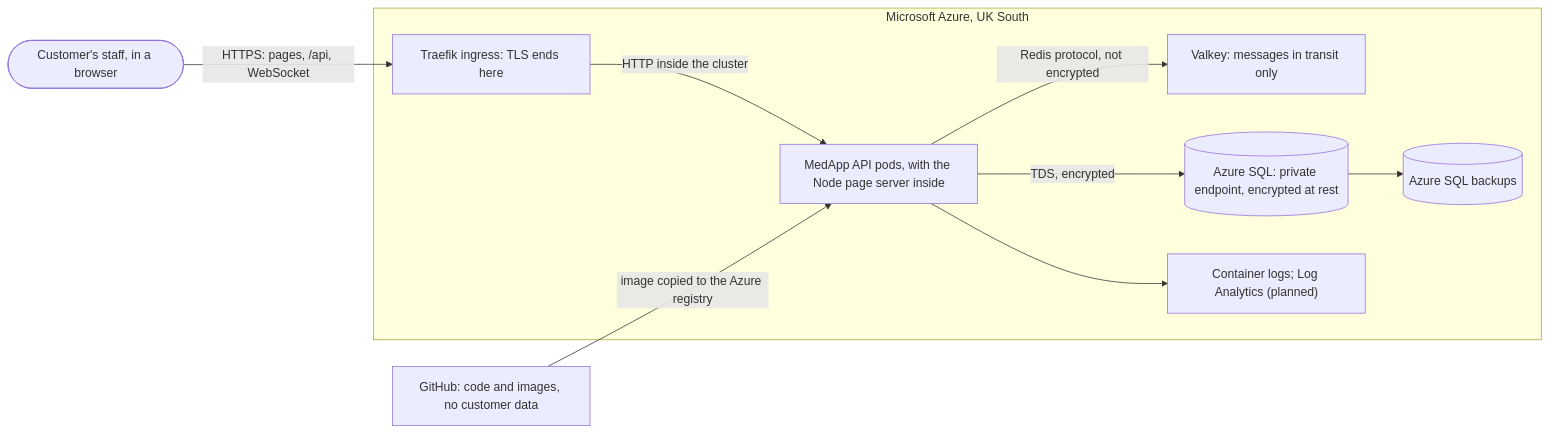
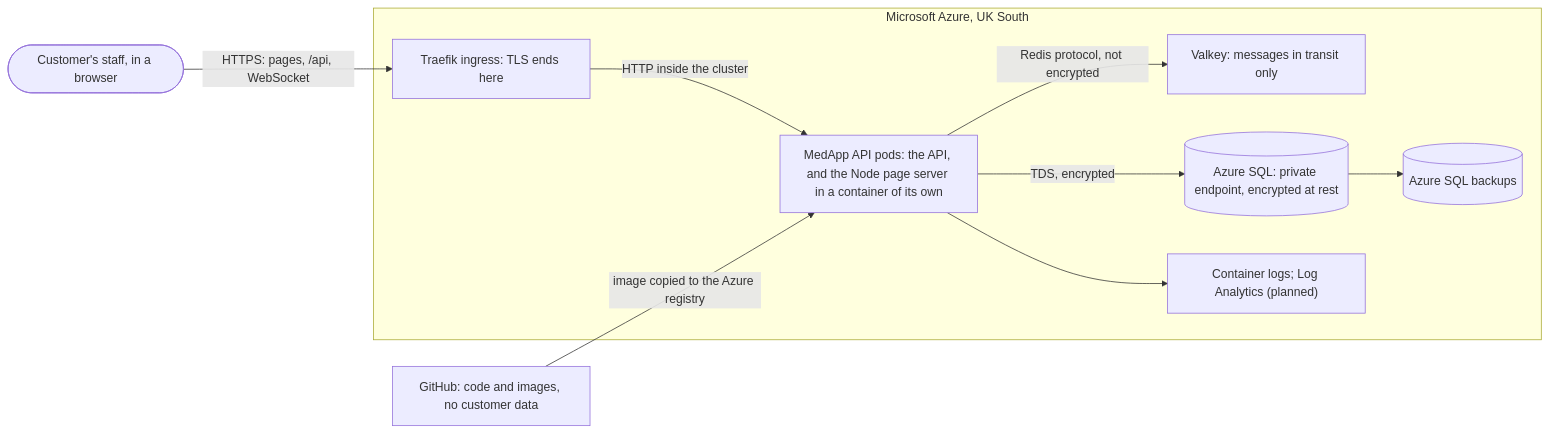
One commit to Aliator/MedApp changed the diagram in docs/governance/data-inventory.md. Above: the diagram before and after it, drawn with Mermaid. The commit also changed 16 other files, not shown here.

First line of the commit message:
Kept the API in service when the page server fails, and fixed the rest of the review of #83

````diff
--- a/docs/governance/data-inventory.md
+++ b/docs/governance/data-inventory.md
@@ -56,20 +56,20 @@
 ```mermaid
 flowchart LR
     staff(["Customer's staff, in a browser"])
     subgraph uk["Microsoft Azure, UK South"]
       ingress["Traefik ingress: TLS ends here"]
-      api["MedApp API pods, with the Node page server inside"]
+      api["MedApp API pods: the API, and the Node page server in a container of its own"]
       valkey["Valkey: messages in transit only"]
       sql[("Azure SQL: private endpoint, encrypted at rest")]
       backups[("Azure SQL backups")]
       logs["Container logs; Log Analytics (planned)"]
     end
     gh["GitHub: code and images, no customer data"]
     staff -->|"HTTPS: pages, /api, WebSocket"| ingress
     ingress -->|"HTTP inside the cluster"| api
     api -->|"TDS, encrypted"| sql
     api -->|"Redis protocol, not encrypted"| valkey
     sql --> backups
     api --> logs
     gh -->|"image copied to the Azure registry"| api
 ```
````
